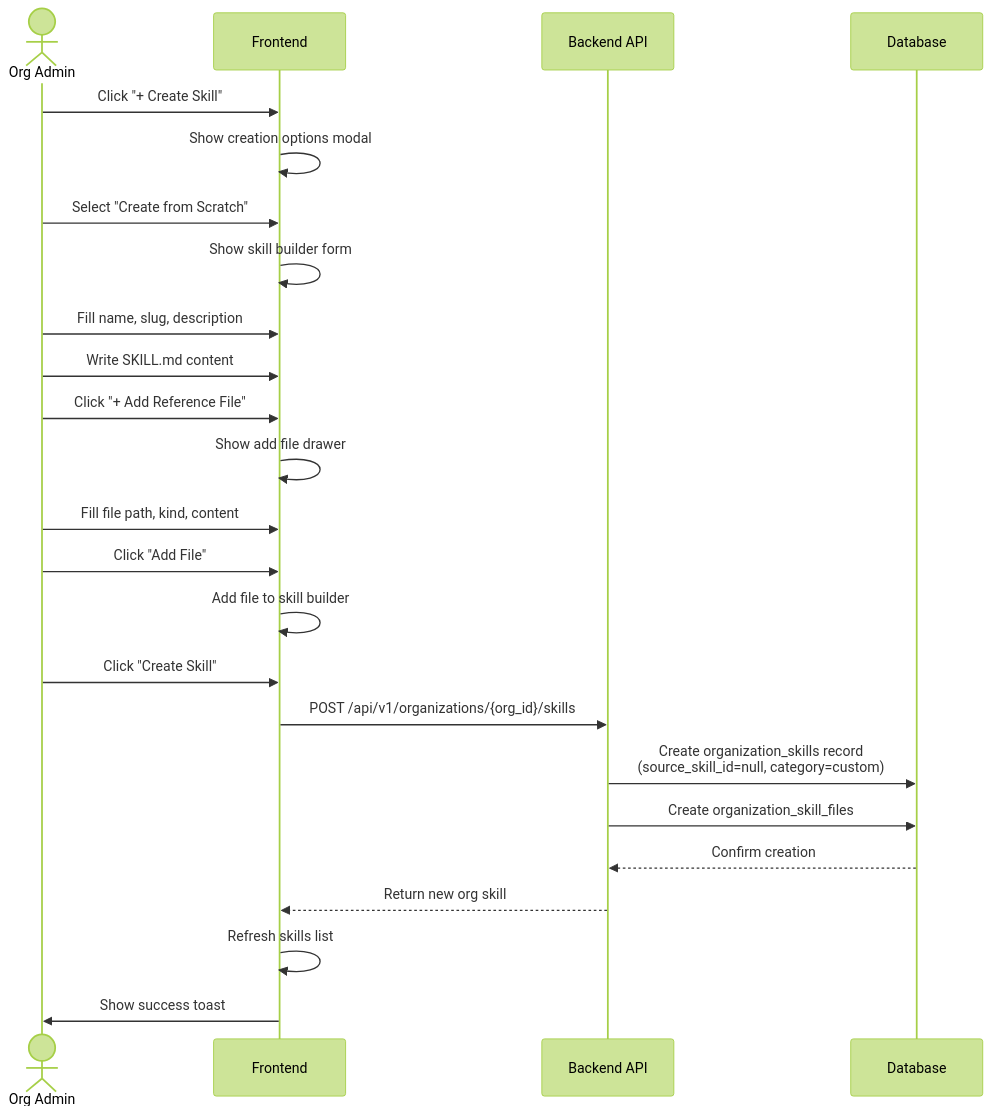
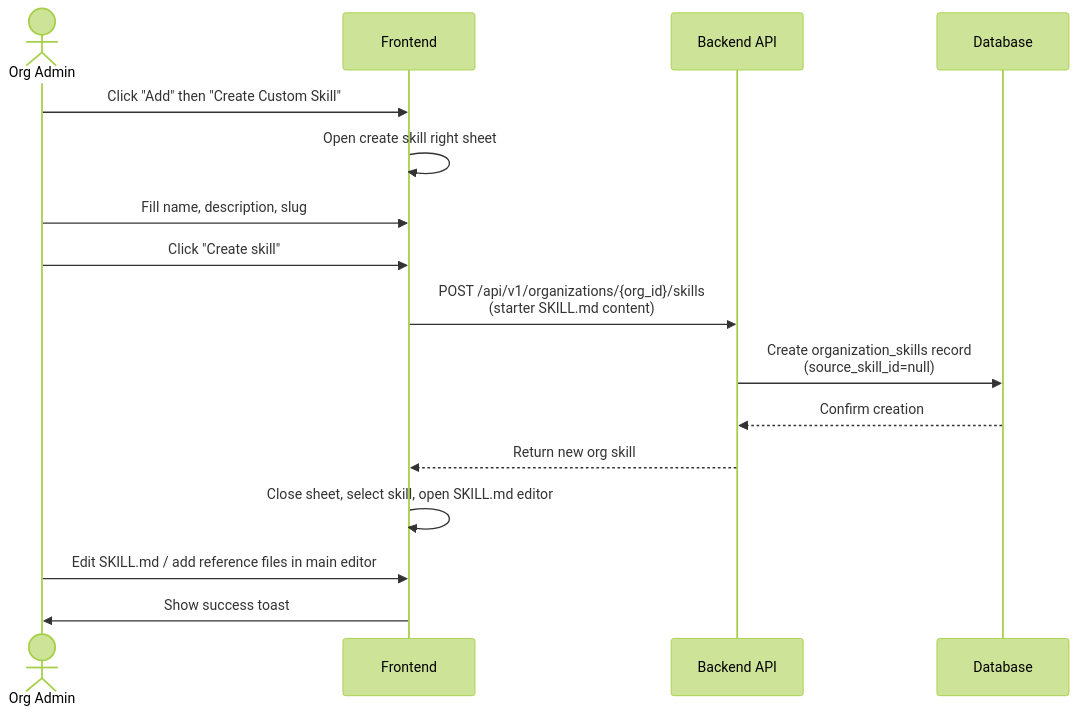
The third of 6 diagrams in docs/03_implementation/platform_skills_fork_model.md (gauravdhiman/a1-voice-agent-platform), drawn with Mermaid (forest theme) before and after one commit. The commit also changed 8 other files, not shown here.

First line of the commit message:
fix(skills): create custom skills via side sheet and restore org skill create

````diff
--- a/docs/03_implementation/platform_skills_fork_model.md
+++ b/docs/03_implementation/platform_skills_fork_model.md
@@ -402,29 +402,19 @@
 ```mermaid
 sequenceDiagram
     actor OrgAdmin as Org Admin
     participant UI as Frontend
     participant API as Backend API
     participant DB as Database
 
-    OrgAdmin->>UI: Click "+ Create Skill"
-    UI->>UI: Show creation options modal
-    OrgAdmin->>UI: Select "Create from Scratch"
-    UI->>UI: Show skill builder form
-
-    OrgAdmin->>UI: Fill name, slug, description
-    OrgAdmin->>UI: Write SKILL.md content
-    OrgAdmin->>UI: Click "+ Add Reference File"
-    UI->>UI: Show add file drawer
-    OrgAdmin->>UI: Fill file path, kind, content
-    OrgAdmin->>UI: Click "Add File"
-    UI->>UI: Add file to skill builder
-
-    OrgAdmin->>UI: Click "Create Skill"
-    UI->>API: POST /api/v1/organizations/{org_id}/skills
-    API->>DB: Create organization_skills record<br/>(source_skill_id=null, category=custom)
-    API->>DB: Create organization_skill_files
+    OrgAdmin->>UI: Click "Add" then "Create Custom Skill"
+    UI->>UI: Open create skill right sheet
+    OrgAdmin->>UI: Fill name, description, slug
+    OrgAdmin->>UI: Click "Create skill"
+    UI->>API: POST /api/v1/organizations/{org_id}/skills<br/>(starter SKILL.md content)
+    API->>DB: Create organization_skills record<br/>(source_skill_id=null)
     DB-->>API: Confirm creation
     API-->>UI: Return new org skill
-    UI->>UI: Refresh skills list
+    UI->>UI: Close sheet, select skill, open SKILL.md editor
+    OrgAdmin->>UI: Edit SKILL.md / add reference files in main editor
     UI->>OrgAdmin: Show success toast
 ```
````
